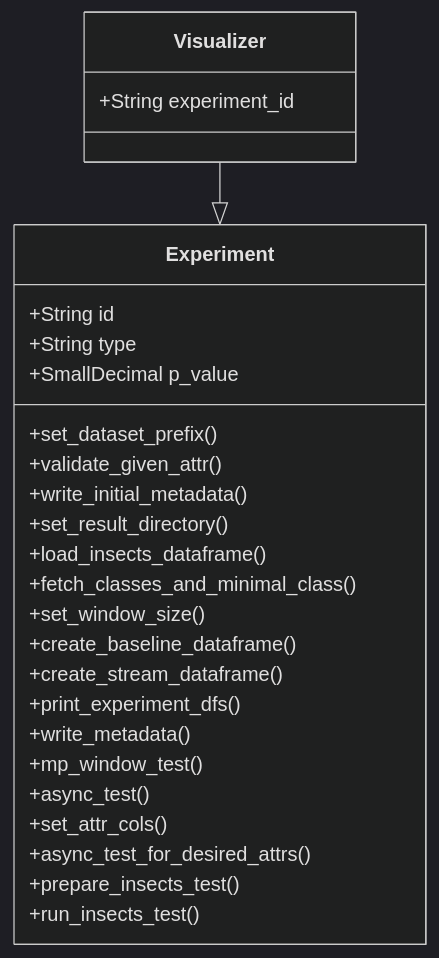
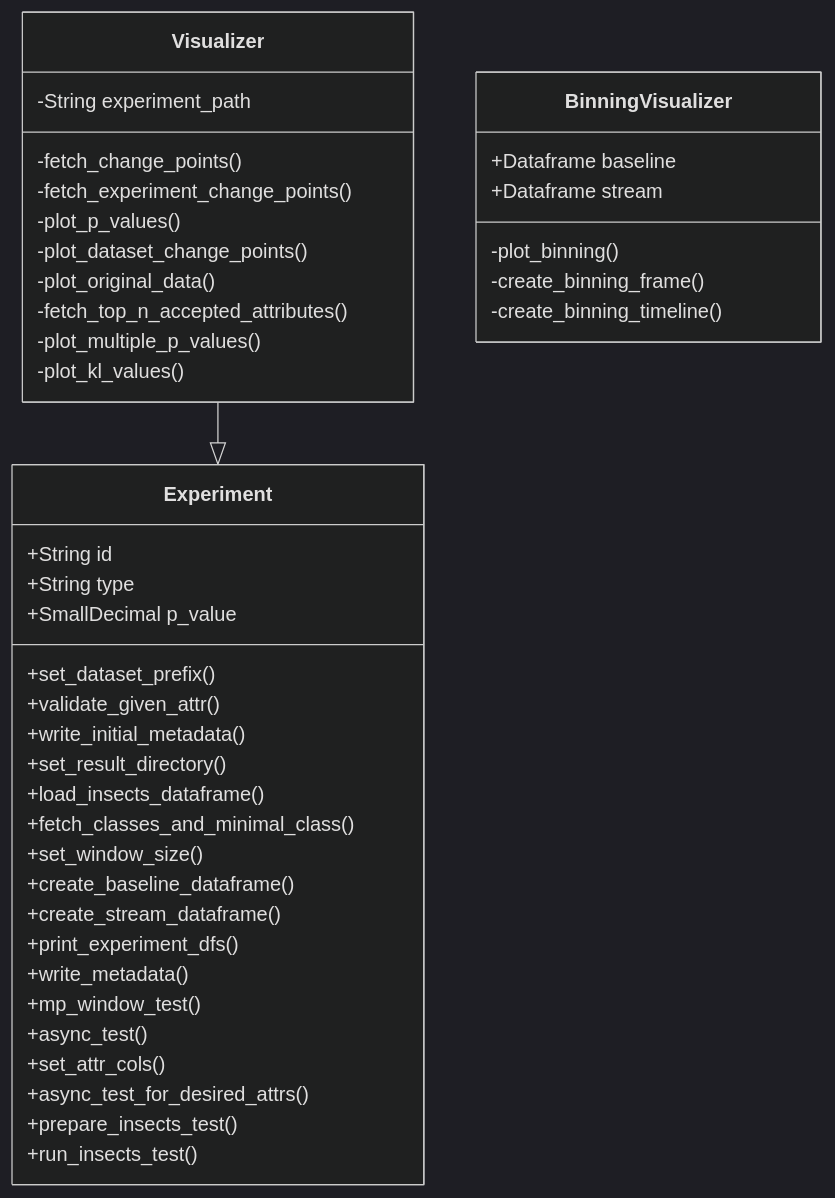
The first of 2 diagrams in dev/codes/README.md (lucashelfs/drifts), drawn with Mermaid (dark theme) before and after one commit. The commit also changed other lines of this file, not shown here.

````diff
--- a/dev/codes/README.md
+++ b/dev/codes/README.md
@@ -5,34 +5,52 @@
 ```mermaid
 classDiagram
 
 Visualizer --|> Experiment
 
 class Experiment{
     +String id
     +String type
     +SmallDecimal p_value
 
     +set_dataset_prefix()
     +validate_given_attr()
     +write_initial_metadata()
     +set_result_directory()
     +load_insects_dataframe()
     +fetch_classes_and_minimal_class()
     +set_window_size()
     +create_baseline_dataframe()
     +create_stream_dataframe()
     +print_experiment_dfs()
     +write_metadata()
     +mp_window_test()
     +async_test()
     +set_attr_cols()
     +async_test_for_desired_attrs()
     +prepare_insects_test()
     +run_insects_test()
 }
 
 class Visualizer{
-    +String experiment_id
+    -String experiment_path
+
+    -fetch_change_points()
+    -fetch_experiment_change_points()
+    -plot_p_values()
+    -plot_dataset_change_points()
+    -plot_original_data()
+    -fetch_top_n_accepted_attributes()
+    -plot_multiple_p_values()
+    -plot_kl_values()
+}
+
+class BinningVisualizer{
+    +Dataframe baseline
+    +Dataframe stream
+
+    -plot_binning()
+    -create_binning_frame()
+    -create_binning_timeline()
 }
 
 ```
````
